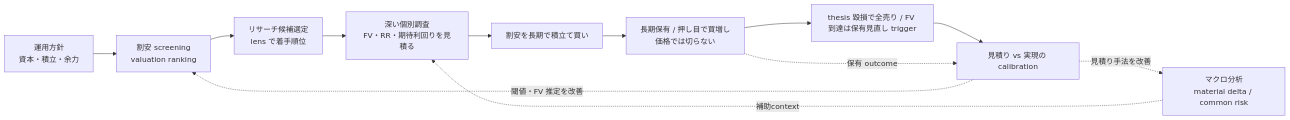
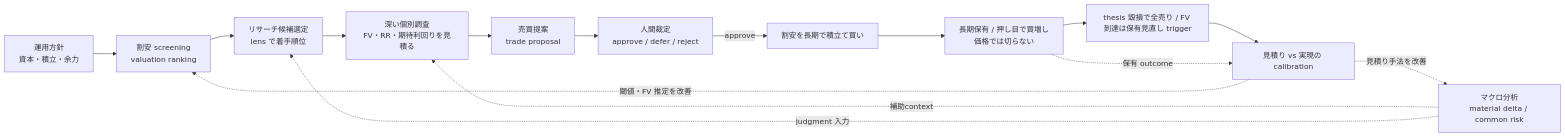
The diagram in docs/doctrine.md (koumatsumoto/baibai-loop), drawn with Mermaid before and after one commit. The commit also changed other lines of this file, not shown here.

````diff
--- a/docs/doctrine.md
+++ b/docs/doctrine.md
@@ -31,14 +33,17 @@
 ```mermaid
 flowchart LR
   policy["運用方針<br/>資本・積立・余力"] --> screen["割安 screening<br/>valuation ranking"]
   macro["マクロ分析<br/>material delta / common risk"] -.補助context.-> research
+  macro -.judgment 入力.-> select
   screen --> select["リサーチ候補選定<br/>lens で着手順位"]
   select --> research["深い個別調査<br/>FV・RR・期待利回りを見積る"]
-  research --> buy["割安を長期で積立て買い"]
+  research --> proposal["売買提案<br/>trade proposal"]
+  proposal --> decision["人間裁定<br/>approve / defer / reject"]
+  decision -- approve --> buy["割安を長期で積立て買い"]
   buy --> hold["長期保有 / 押し目で買増し<br/>価格では切らない"]
   hold --> sell["thesis 毀損で全売り / FV 到達は保有見直し trigger"]
   sell --> calib["見積り vs 実現の calibration"]
   hold -.保有 outcome.-> calib
   calib -.見積り手法を改善.-> macro
   calib -.閾値・FV 推定を改善.-> screen
 ```
````
